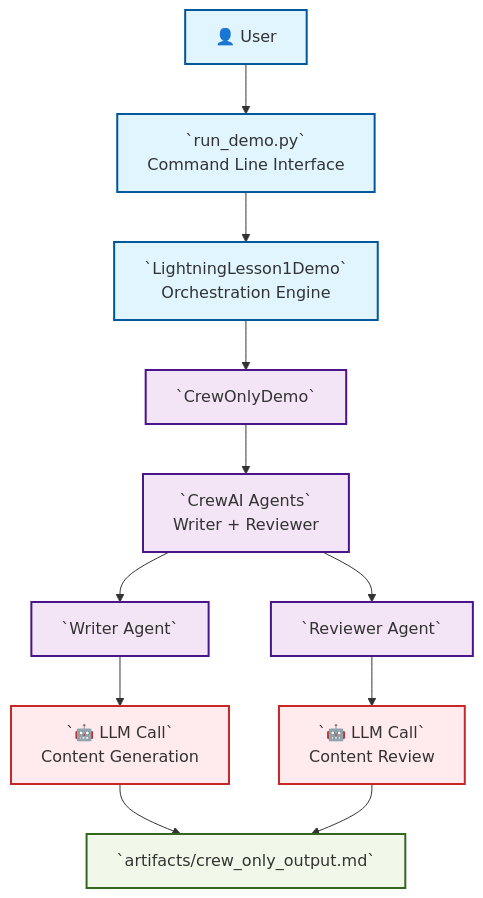
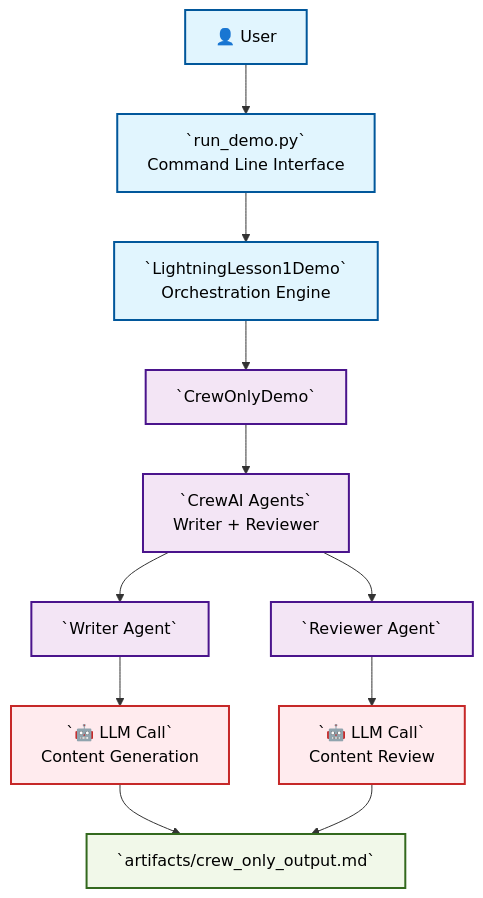
Before and after one commit to synaptic-ai-consulting/crewai-LL-series: the first of 3 diagrams in LL1/README.md, drawn with Mermaid. The commit also changed other lines of this file, not shown here.

Commit message:
updated architecture diagrams

````diff
--- a/LL1/README.md
+++ b/LL1/README.md
@@ -30,33 +30,33 @@
 ```mermaid
 graph TB
     %% User Interaction
     User[👤 User] --> CLI[`run_demo.py`<br/>Command Line Interface]
     CLI --> DemoRunner[`LightningLesson1Demo`<br/>Orchestration Engine]
     
     %% Crew-Only Path
     DemoRunner --> CrewDemo[`CrewOnlyDemo`]
     CrewDemo --> CrewAgents[`CrewAI Agents`<br/>Writer + Reviewer]
     
     %% Agent Collaboration
     CrewAgents --> Writer[`Writer Agent`]
     CrewAgents --> Reviewer[`Reviewer Agent`]
     
     %% LLM Calls
     Writer --> WriterLLM[`🤖 LLM Call`<br/>Content Generation]
     Reviewer --> ReviewerLLM[`🤖 LLM Call`<br/>Content Review]
     
     %% Output
     WriterLLM --> CrewOutput[`artifacts/crew_only_output.md`]
     ReviewerLLM --> CrewOutput
     
     %% Styling
-    classDef userClass fill:#e1f5fe,stroke:#01579b,stroke-width:2px
-    classDef crewClass fill:#f3e5f5,stroke:#4a148c,stroke-width:2px
-    classDef llmClass fill:#ffebee,stroke:#c62828,stroke-width:2px
-    classDef outputClass fill:#f1f8e9,stroke:#33691e,stroke-width:2px
+    classDef userClass fill:#e1f5fe,stroke:#01579b,stroke-width:2px,color:#000
+    classDef crewClass fill:#f3e5f5,stroke:#4a148c,stroke-width:2px,color:#000
+    classDef llmClass fill:#ffebee,stroke:#c62828,stroke-width:2px,color:#000
+    classDef outputClass fill:#f1f8e9,stroke:#33691e,stroke-width:2px,color:#000
     
     class User,CLI,DemoRunner userClass
     class CrewDemo,CrewAgents,Writer,Reviewer crewClass
     class WriterLLM,ReviewerLLM llmClass
     class CrewOutput outputClass
 ```
````
